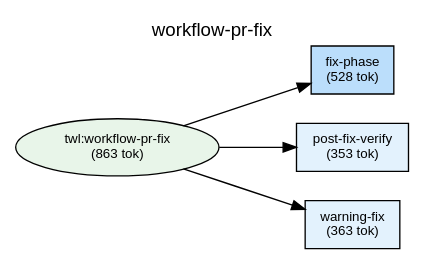
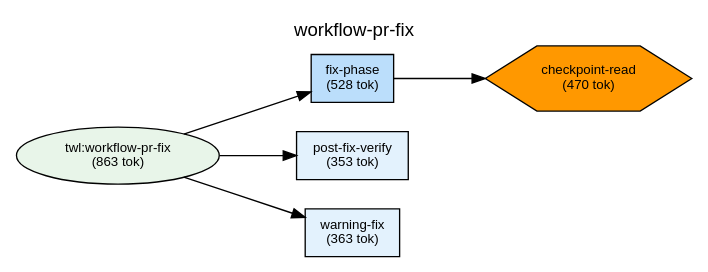
Before and after one commit to shuu5/twill: the diagram in plugins/twl/docs/deps-workflow-pr-fix.dot, drawn with Graphviz. The commit also changed 17 other files, not shown here.

```diff
--- a/plugins/twl/docs/deps-workflow-pr-fix.dot
+++ b/plugins/twl/docs/deps-workflow-pr-fix.dot
@@ -1,48 +1,51 @@
 digraph Dependencies {
     // Graph settings
     rankdir=LR;
     ranksep=0.8;
     nodesep=0.3;
     fontname="Helvetica";
     node [fontname="Helvetica", fontsize=10];
     edge [fontname="Helvetica", fontsize=9];
     label="workflow-pr-fix";
     labelloc=t;
     fontsize=14;
 
     // L0: Controller Skills
 
     // L0: Launchers
 
     // L0.5: Workflow Skills
     skill_workflow_pr_fix [label="twl:workflow-pr-fix\n(863 tok)", shape=ellipse, style=filled, fillcolor="#e8f5e9"];
 
     // Reference Skills
 
     // L1: Direct Commands
     cmd_post_fix_verify [label="post-fix-verify\n(353 tok)", shape=box, style=filled, fillcolor="#e3f2fd"];
     cmd_warning_fix [label="warning-fix\n(363 tok)", shape=box, style=filled, fillcolor="#e3f2fd"];
     cmd_fix_phase [label="fix-phase\n(528 tok)", shape=box, style=filled, fillcolor="#bbdefb"];
 
     // L2: Sub Commands
 
     // L3: Agents
 
     // L3.5: Scripts
+    script_checkpoint_read [label="checkpoint-read\n(470 tok)", shape=hexagon, style=filled, fillcolor="#FF9800"];
 
     // L4: External
 
     // Layer constraints
     { rank=same; skill_workflow_pr_fix; }
     { rank=same; cmd_post_fix_verify; cmd_warning_fix; cmd_fix_phase; }
+    { rank=same; script_checkpoint_read; }
 
     // Edges
     skill_workflow_pr_fix -> cmd_fix_phase;
     skill_workflow_pr_fix -> cmd_post_fix_verify;
     skill_workflow_pr_fix -> cmd_warning_fix;
+    cmd_fix_phase -> script_checkpoint_read;
 
     // Ordering constraints (invisible edges)
     cmd_fix_phase -> cmd_post_fix_verify [style=invis, weight=10];
     cmd_post_fix_verify -> cmd_warning_fix [style=invis, weight=10];
 
 }
```
